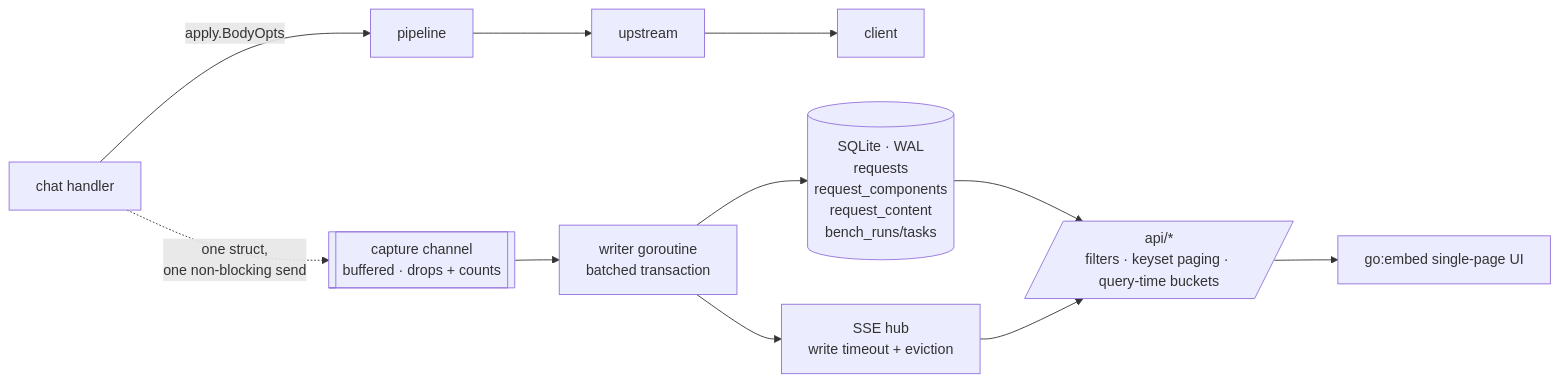
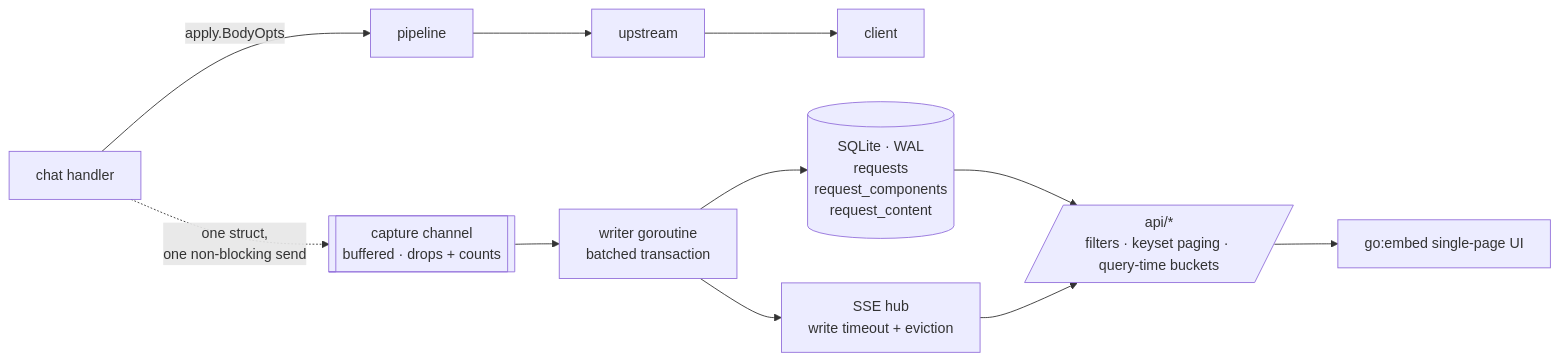
One commit to rossoctl/context-guru changed the fifth of 6 diagrams in docs/design.md. Above: the diagram before and after it, drawn with Mermaid. The commit also changed 8 other files, not shown here.

````diff
--- a/docs/design.md
+++ b/docs/design.md
@@ -328,13 +328,13 @@
 ```mermaid
 flowchart LR
   H[chat handler] -->|apply.BodyOpts| P[pipeline]
   P --> U[upstream]
   U --> C[client]
   H -. one struct,<br/>one non-blocking send .-> Q[[capture channel<br/>buffered · drops + counts]]
   Q --> W[writer goroutine<br/>batched transaction]
-  W --> DB[(SQLite · WAL<br/>requests<br/>request_components<br/>request_content<br/>bench_runs/tasks)]
+  W --> DB[(SQLite · WAL<br/>requests<br/>request_components<br/>request_content)]
   W --> S[SSE hub<br/>write timeout + eviction]
   DB --> A[/api/*<br/>filters · keyset paging · query-time buckets/]
   S --> A
   A --> UI[go:embed single-page UI]
 ```
````
